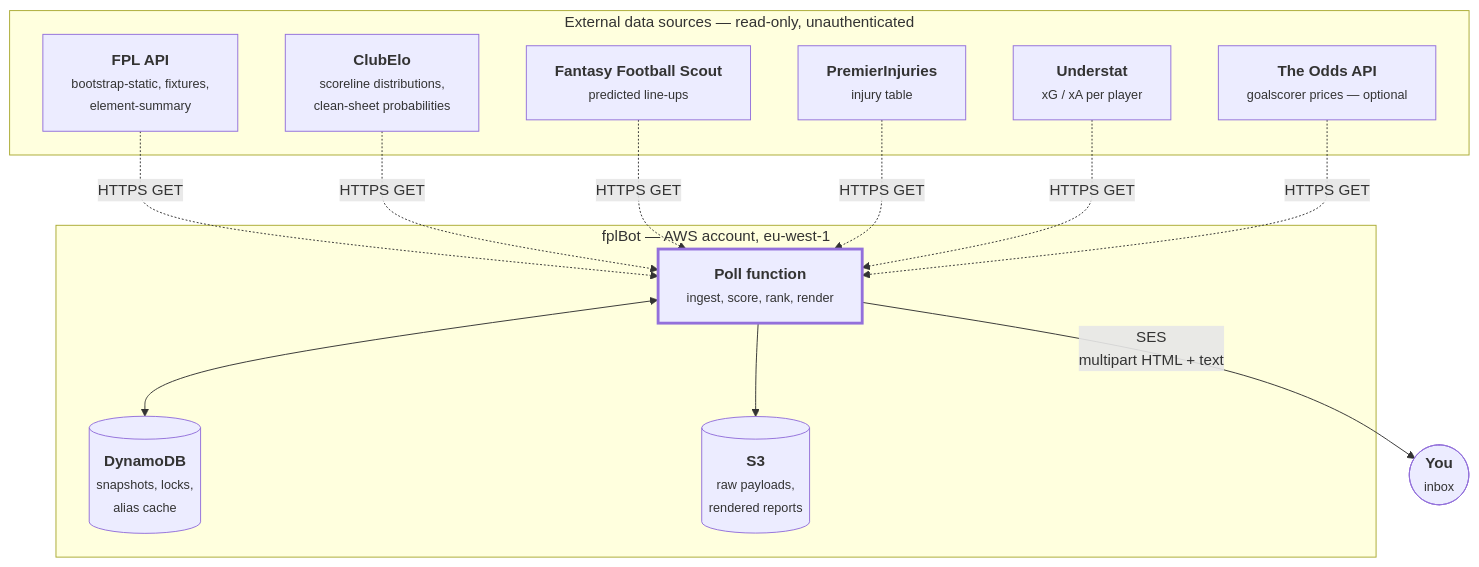
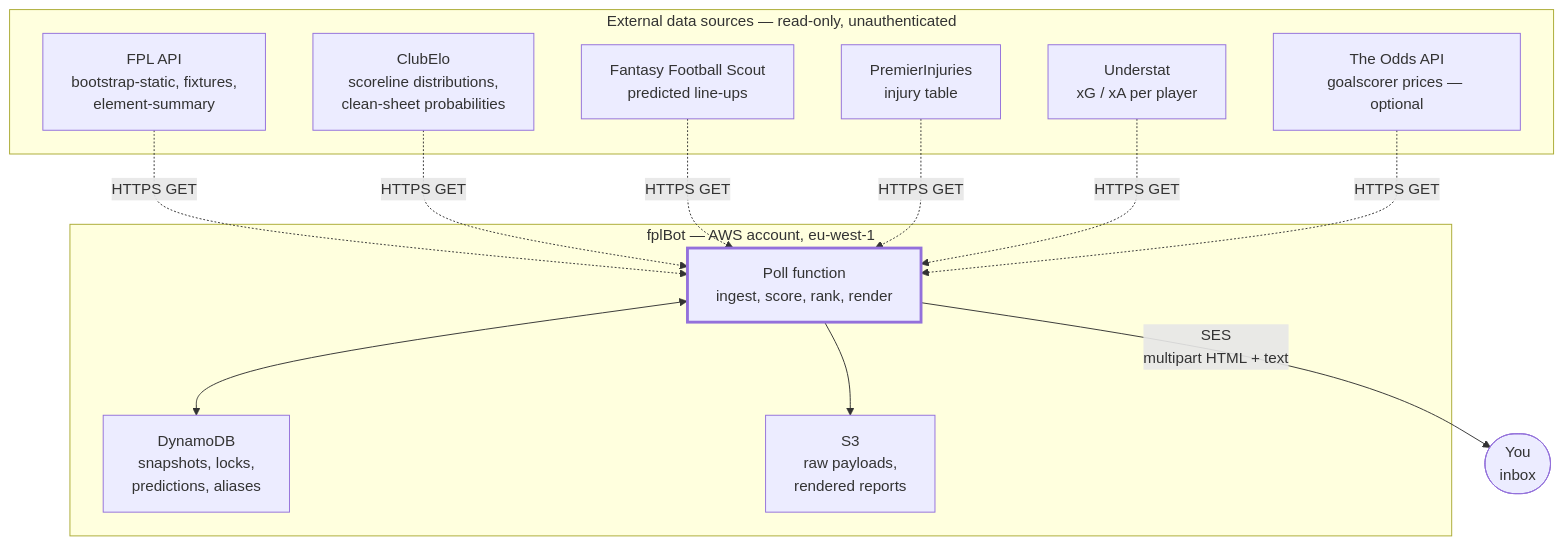
Before and after one commit to MasonGallagher/FplBot: the fifth of 12 diagrams in docs/DIAGRAMS.md, drawn with Mermaid. The commit also changed other lines of this file and 1 other file, not shown here.

````diff
--- a/docs/DIAGRAMS.md
+++ b/docs/DIAGRAMS.md
@@ -144,27 +154,27 @@
 ```mermaid
 flowchart TB
     subgraph ext["External data sources — read-only, unauthenticated"]
-        FPL["<b>FPL API</b><br/><small>bootstrap-static, fixtures,<br/>element-summary</small>"]
-        ELO["<b>ClubElo</b><br/><small>scoreline distributions,<br/>clean-sheet probabilities</small>"]
-        FFS["<b>Fantasy Football Scout</b><br/><small>predicted line-ups</small>"]
-        PI["<b>PremierInjuries</b><br/><small>injury table</small>"]
-        UND["<b>Understat</b><br/><small>xG / xA per player</small>"]
-        ODDS["<b>The Odds API</b><br/><small>goalscorer prices — optional</small>"]
+        FPL["FPL API<br/>bootstrap-static, fixtures,<br/>element-summary"]
+        ELO["ClubElo<br/>scoreline distributions,<br/>clean-sheet probabilities"]
+        FFS["Fantasy Football Scout<br/>predicted line-ups"]
+        PI["PremierInjuries<br/>injury table"]
+        UND["Understat<br/>xG / xA per player"]
+        ODDS["The Odds API<br/>goalscorer prices — optional"]
     end
 
     subgraph aws["fplBot — AWS account, eu-west-1"]
-        LAMBDA["<b>Poll function</b><br/><small>ingest, score, rank, render</small>"]
-        STORE[("<b>DynamoDB</b><br/><small>snapshots, locks,<br/>alias cache</small>")]
-        ARCHIVE[("<b>S3</b><br/><small>raw payloads,<br/>rendered reports</small>")]
+        LAMBDA["Poll function<br/>ingest, score, rank, render"]
+        STORE["DynamoDB<br/>snapshots, locks,<br/>predictions, aliases"]
+        ARCHIVE["S3<br/>raw payloads,<br/>rendered reports"]
     end
 
-    USER(["<b>You</b><br/><small>inbox</small>"])
+    USER(["You<br/>inbox"])
 
     FPL & ELO & FFS & PI & UND & ODDS -.->|"HTTPS GET"| LAMBDA
     LAMBDA <--> STORE
     LAMBDA --> ARCHIVE
     LAMBDA -->|"SES<br/>multipart HTML + text"| USER
 
     classDef emphasis stroke-width:3px
     class LAMBDA emphasis
 ```
````
